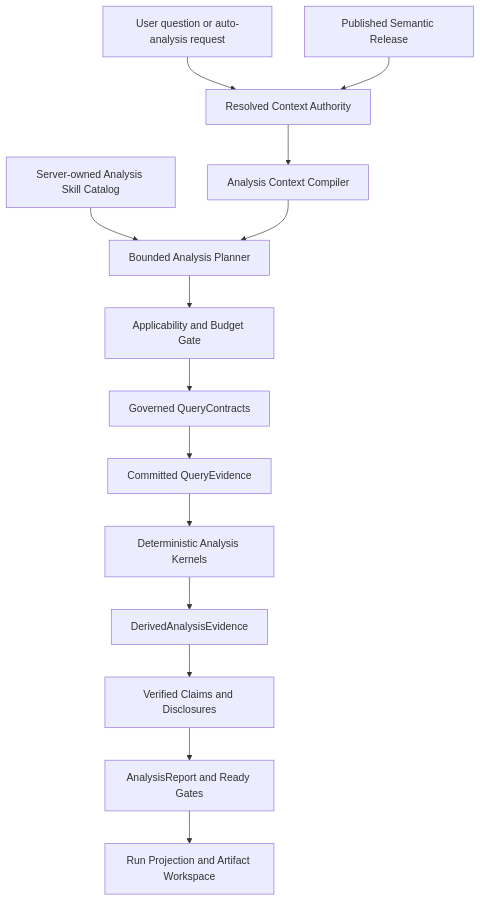
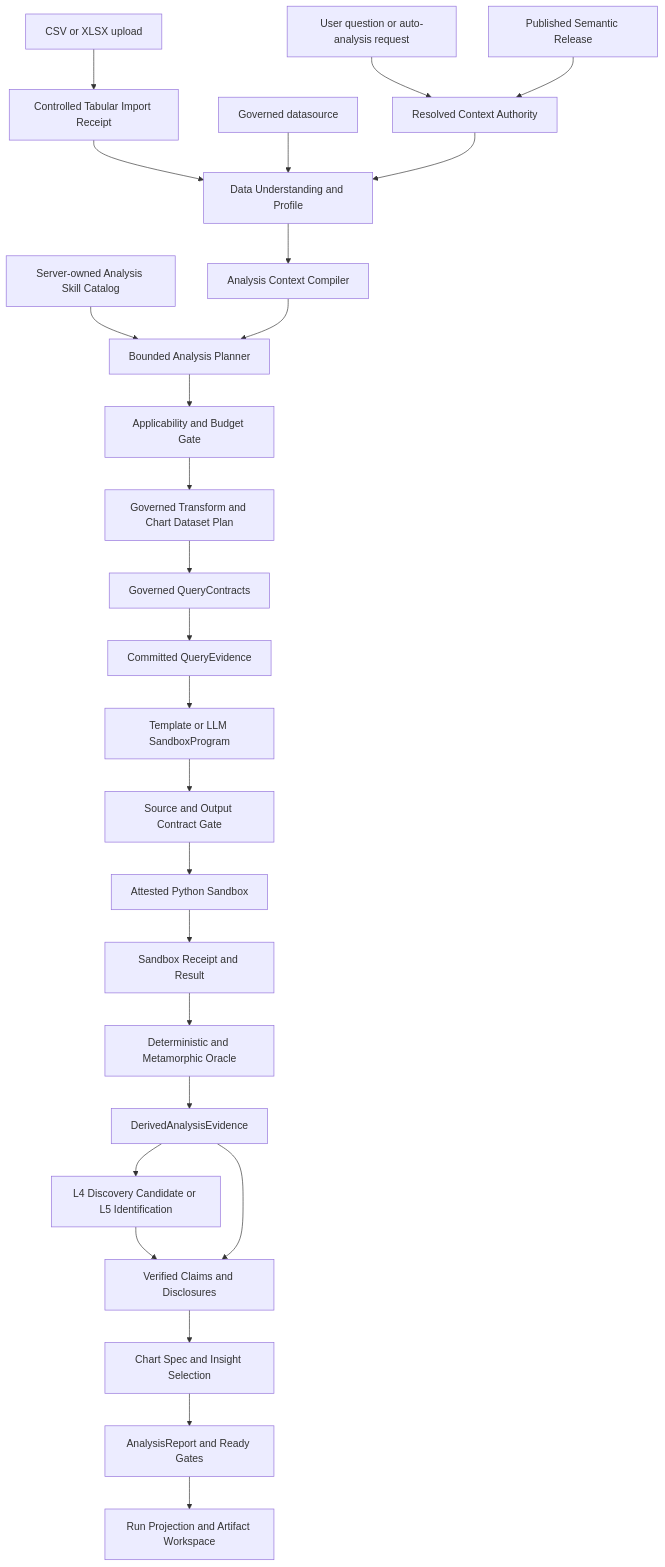
One commit to LienJack/data-agent changed the first of 4 diagrams in docs/plans/2026-08-22-003-feat-ontology-grounded-deterministic-analysis-plan.md. Above: the diagram before and after it, drawn with Mermaid. The commit also changed other lines of this file, not shown here.

Commit message:
docs: expand automatic analysis and root cause plan

````diff
--- a/docs/plans/2026-08-22-003-feat-ontology-grounded-deterministic-analysis-plan.md
+++ b/docs/plans/2026-08-22-003-feat-ontology-grounded-deterministic-analysis-plan.md
@@ -222,16 +321,28 @@
 ```mermaid
 flowchart TB
   Question[User question or auto-analysis request] --> Resolve[Resolved Context Authority]
   Release[Published Semantic Release] --> Resolve
-  Resolve --> Compile[Analysis Context Compiler]
+  Upload[CSV or XLSX upload] --> Import[Controlled Tabular Import Receipt]
+  Import --> Inspect
+  Database[Governed datasource] --> Inspect
+  Resolve --> Inspect[Data Understanding and Profile]
+  Inspect --> Compile[Analysis Context Compiler]
   Catalog[Server-owned Analysis Skill Catalog] --> Plan[Bounded Analysis Planner]
   Compile --> Plan
   Plan --> Gate[Applicability and Budget Gate]
-  Gate --> Query[Governed QueryContracts]
+  Gate --> Prep[Governed Transform and Chart Dataset Plan]
+  Prep --> Query[Governed QueryContracts]
   Query --> QE[Committed QueryEvidence]
-  QE --> Kernel[Deterministic Analysis Kernels]
-  Kernel --> DAE[DerivedAnalysisEvidence]
+  QE --> Program[Template or LLM SandboxProgram]
+  Program --> Policy[Source and Output Contract Gate]
+  Policy --> Sandbox[Attested Python Sandbox]
+  Sandbox --> Receipt[Sandbox Receipt and Result]
+  Receipt --> Oracle[Deterministic and Metamorphic Oracle]
+  Oracle --> DAE[DerivedAnalysisEvidence]
+  DAE --> RCA[L4 Discovery Candidate or L5 Identification]
+  RCA --> Claims
   DAE --> Claims[Verified Claims and Disclosures]
-  Claims --> Report[AnalysisReport and Ready Gates]
+  Claims --> Story[Chart Spec and Insight Selection]
+  Story --> Report[AnalysisReport and Ready Gates]
   Report --> Projection[Run Projection and Artifact Workspace]
 ```
````
